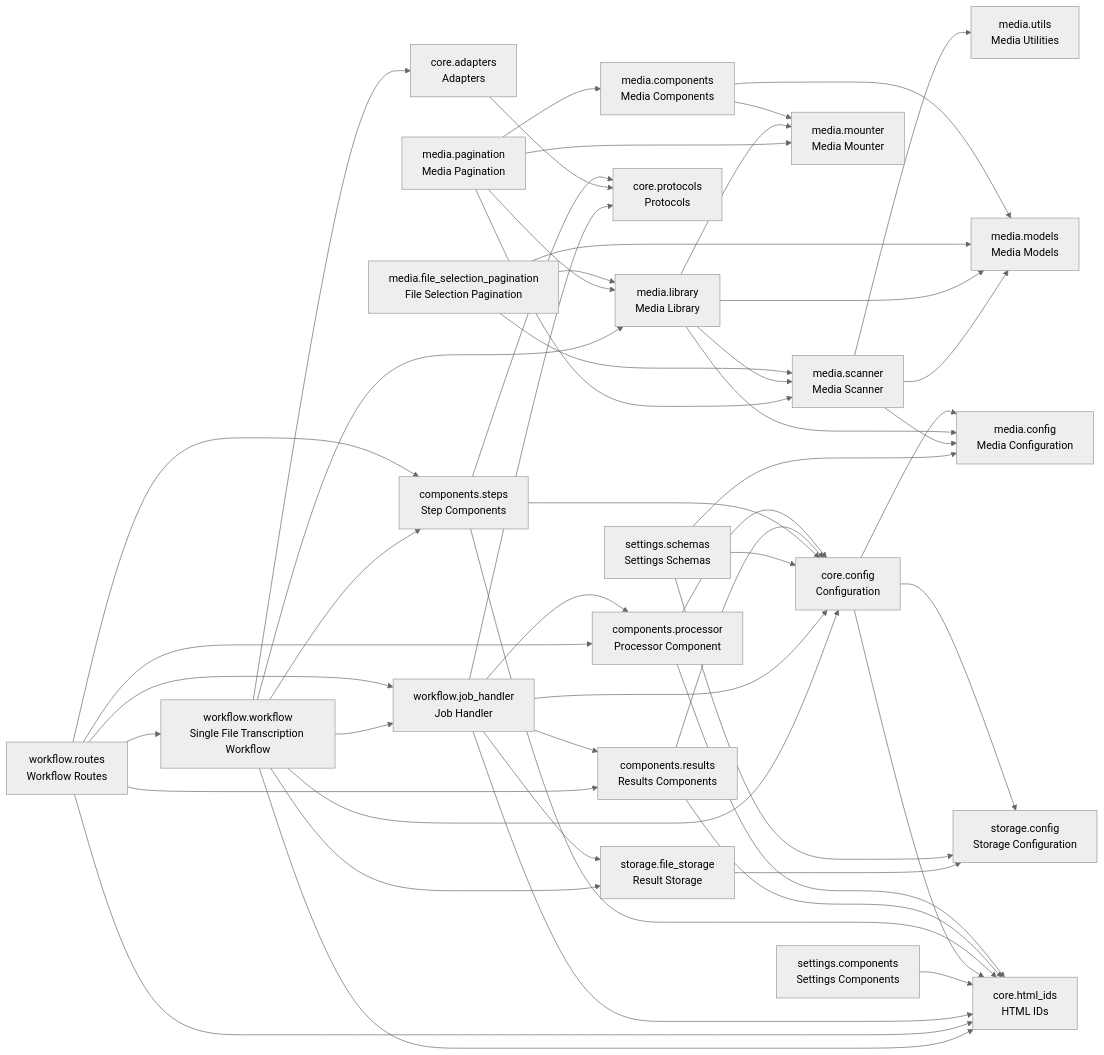
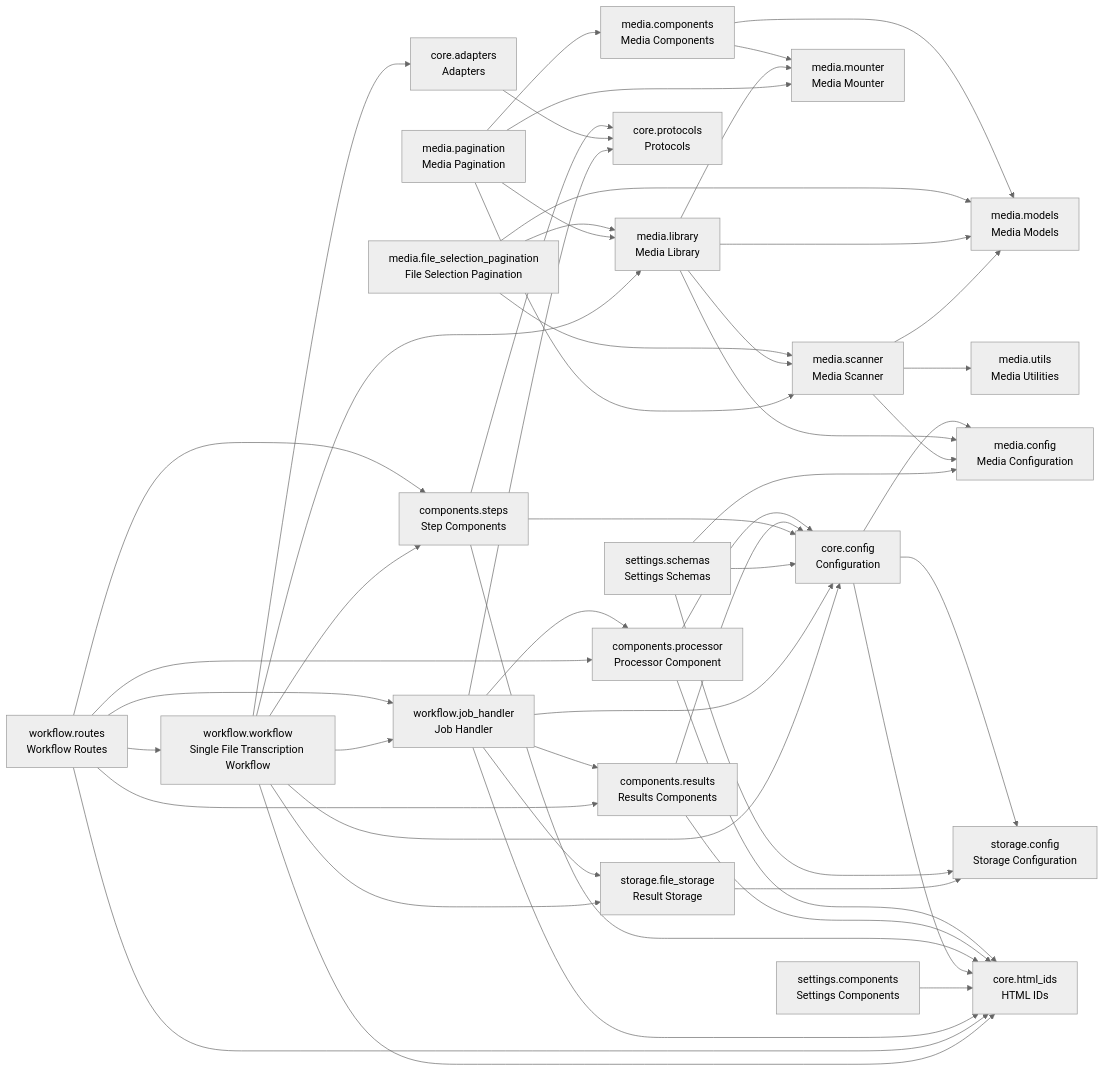
Before and after one commit to cj-mills/cjm-fasthtml-workflow-transcription-single-file: the diagram in README.md, drawn with Mermaid (neutral theme). The commit also changed other lines of this file and 7 other files, not shown here.

````diff
--- a/README.md
+++ b/README.md
@@ -49,78 +49,78 @@
 ``` mermaid
 graph LR
     components_processor[components.processor<br/>Processor Component]
     components_results[components.results<br/>Results Components]
     components_steps[components.steps<br/>Step Components]
     core_adapters[core.adapters<br/>Adapters]
     core_config[core.config<br/>Configuration]
     core_html_ids[core.html_ids<br/>HTML IDs]
     core_protocols[core.protocols<br/>Protocols]
     media_components[media.components<br/>Media Components]
     media_config[media.config<br/>Media Configuration]
     media_file_selection_pagination[media.file_selection_pagination<br/>File Selection Pagination]
     media_library[media.library<br/>Media Library]
     media_models[media.models<br/>Media Models]
     media_mounter[media.mounter<br/>Media Mounter]
     media_pagination[media.pagination<br/>Media Pagination]
     media_scanner[media.scanner<br/>Media Scanner]
     media_utils[media.utils<br/>Media Utilities]
     settings_components[settings.components<br/>Settings Components]
     settings_schemas[settings.schemas<br/>Settings Schemas]
     storage_config[storage.config<br/>Storage Configuration]
     storage_file_storage[storage.file_storage<br/>Result Storage]
     workflow_job_handler[workflow.job_handler<br/>Job Handler]
     workflow_routes[workflow.routes<br/>Workflow Routes]
     workflow_workflow[workflow.workflow<br/>Single File Transcription Workflow]
 
+    components_processor --> core_html_ids
     components_processor --> core_config
-    components_processor --> core_html_ids
+    components_results --> core_html_ids
     components_results --> core_config
-    components_results --> core_html_ids
+    components_steps --> core_html_ids
     components_steps --> core_protocols
     components_steps --> core_config
-    components_steps --> core_html_ids
     core_adapters --> core_protocols
     core_config --> storage_config
+    core_config --> media_config
     core_config --> core_html_ids
-    core_config --> media_config
     media_components --> media_models
     media_components --> media_mounter
+    media_file_selection_pagination --> media_library
     media_file_selection_pagination --> media_models
-    media_file_selection_pagination --> media_library
     media_file_selection_pagination --> media_scanner
-    media_library --> media_models
-    media_library --> media_mounter
     media_library --> media_scanner
     media_library --> media_config
+    media_library --> media_mounter
+    media_library --> media_models
+    media_pagination --> media_library
     media_pagination --> media_components
     media_pagination --> media_mounter
     media_pagination --> media_scanner
-    media_pagination --> media_library
-    media_scanner --> media_models
     media_scanner --> media_utils
     media_scanner --> media_config
+    media_scanner --> media_models
     settings_components --> core_html_ids
+    settings_schemas --> media_config
     settings_schemas --> storage_config
-    settings_schemas --> media_config
     settings_schemas --> core_config
     storage_file_storage --> storage_config
+    workflow_job_handler --> core_protocols
     workflow_job_handler --> components_results
+    workflow_job_handler --> storage_file_storage
+    workflow_job_handler --> components_processor
+    workflow_job_handler --> core_config
     workflow_job_handler --> core_html_ids
-    workflow_job_handler --> core_protocols
-    workflow_job_handler --> storage_file_storage
-    workflow_job_handler --> core_config
-    workflow_job_handler --> components_processor
+    workflow_routes --> components_steps
     workflow_routes --> components_results
     workflow_routes --> workflow_job_handler
+    workflow_routes --> workflow_workflow
+    workflow_routes --> components_processor
     workflow_routes --> core_html_ids
-    workflow_routes --> workflow_workflow
-    workflow_routes --> components_steps
-    workflow_routes --> components_processor
+    workflow_workflow --> media_library
     workflow_workflow --> core_adapters
-    workflow_workflow --> media_library
+    workflow_workflow --> core_html_ids
+    workflow_workflow --> components_steps
+    workflow_workflow --> storage_file_storage
     workflow_workflow --> core_config
-    workflow_workflow --> components_steps
     workflow_workflow --> workflow_job_handler
-    workflow_workflow --> core_html_ids
-    workflow_workflow --> storage_file_storage
 ```
````
